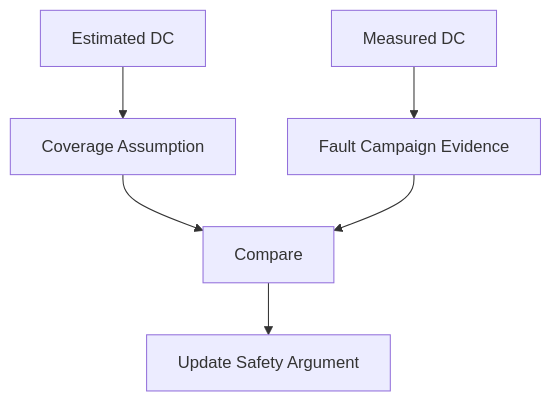
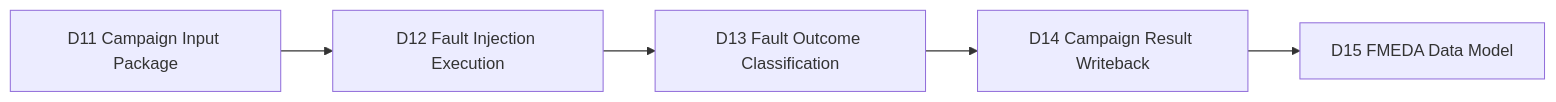
The first of 5 diagrams in articles/12_automotive_safeic_practice_d12_github_en_measured_diagnostic_coverage.md (qiqixixi1001/automotive-safeic-practice), drawn with Mermaid before and after one commit. The commit also changed other lines of this file, not shown here.

````diff
--- a/articles/12_automotive_safeic_practice_d12_github_en_measured_diagnostic_coverage.md
+++ b/articles/12_automotive_safeic_practice_d12_github_en_measured_diagnostic_coverage.md
@@ -135,8 +32,7 @@
 ```mermaid
-flowchart TD
-    A[Estimated DC] --> C[Coverage Assumption]
-    B[Measured DC] --> D[Fault Campaign Evidence]
-    C --> E[Compare]
-    D --> E
-    E --> F[Update Safety Argument]
+flowchart LR
+    A[D11 Campaign Input Package] --> B[D12 Fault Injection Execution]
+    B --> C[D13 Fault Outcome Classification]
+    C --> D[D14 Campaign Result Writeback]
+    D --> E[D15 FMEDA Data Model]
 ```
````
